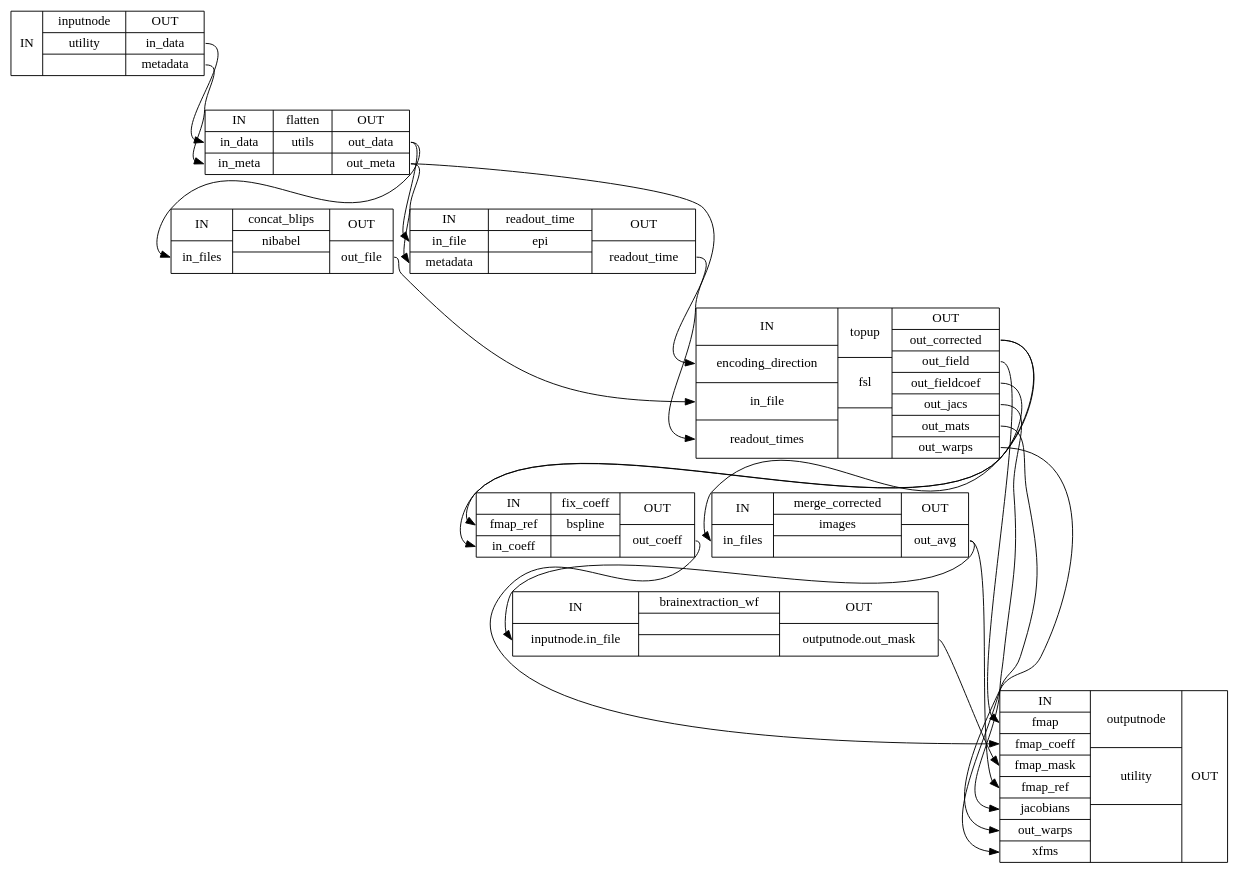
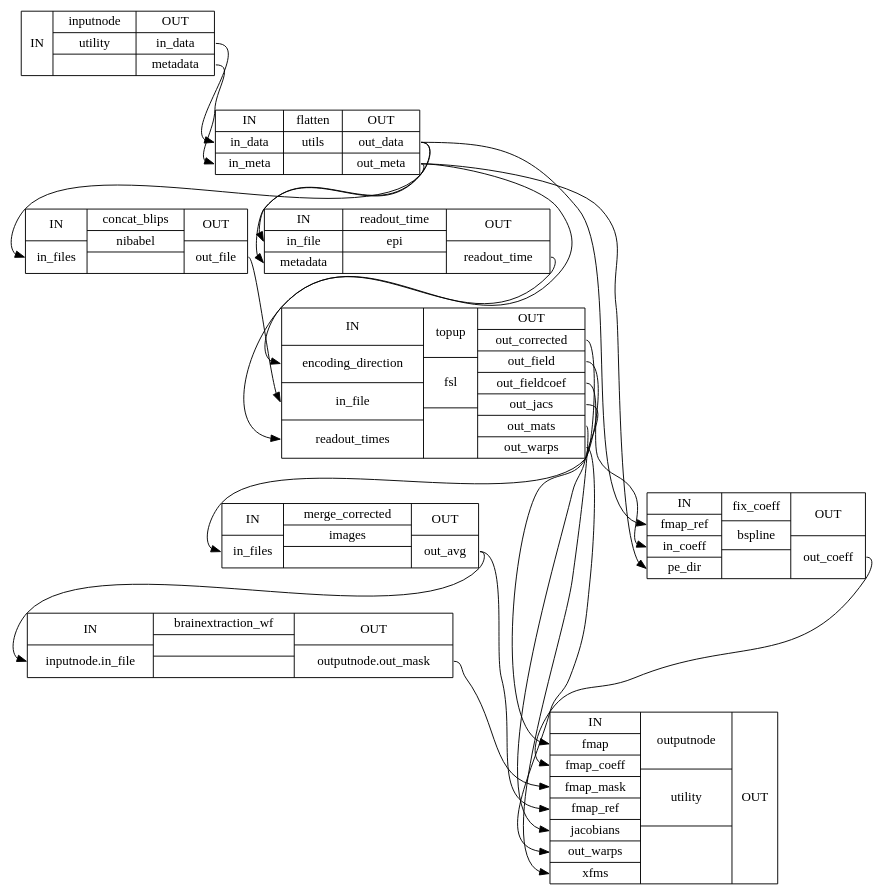
Before and after one commit to poldracklab/sdcflows: the diagram in enh_outputnode-method/wf_directive/api/pepolar_estimate_wf/sdcflows-workflows-fit-pepolar-2_detailed.dot, drawn with Graphviz. The commit also changed 3649 other files, not shown here.

```diff
--- a/enh_outputnode-method/wf_directive/api/pepolar_estimate_wf/sdcflows-workflows-fit-pepolar-2_detailed.dot
+++ b/enh_outputnode-method/wf_directive/api/pepolar_estimate_wf/sdcflows-workflows-fit-pepolar-2_detailed.dot
@@ -1,31 +1,32 @@
 digraph structs {
 node [shape=record];
 pepolar_estimate_wfinputnode [label="{IN}|{ inputnode | utility |  }|{OUT|<outindata> in_data|<outmetadata> metadata}"];
 pepolar_estimate_wfflatten [label="{IN|<inindata> in_data|<ininmeta> in_meta}|{ flatten | utils |  }|{OUT|<outoutdata> out_data|<outoutmeta> out_meta}"];
 pepolar_estimate_wfconcat_blips [label="{IN|<ininfiles> in_files}|{ concat_blips | nibabel |  }|{OUT|<outoutfile> out_file}"];
 pepolar_estimate_wfreadout_time [label="{IN|<ininfile> in_file|<inmetadata> metadata}|{ readout_time | epi |  }|{OUT|<outreadouttime> readout_time}"];
 pepolar_estimate_wftopup [label="{IN|<inencodingdirection> encoding_direction|<ininfile> in_file|<inreadouttimes> readout_times}|{ topup | fsl |  }|{OUT|<outoutcorrected> out_corrected|<outoutfield> out_field|<outoutfieldcoef> out_fieldcoef|<outoutjacs> out_jacs|<outoutmats> out_mats|<outoutwarps> out_warps}"];
-pepolar_estimate_wffix_coeff [label="{IN|<infmapref> fmap_ref|<inincoeff> in_coeff}|{ fix_coeff | bspline |  }|{OUT|<outoutcoeff> out_coeff}"];
 pepolar_estimate_wfmerge_corrected [label="{IN|<ininfiles> in_files}|{ merge_corrected | images |  }|{OUT|<outoutavg> out_avg}"];
 pepolar_estimate_wfbrainextraction_wf [label="{IN|<ininputnodeinfile> inputnode.in_file}|{ brainextraction_wf |  |  }|{OUT|<outoutputnodeoutmask> outputnode.out_mask}"];
+pepolar_estimate_wffix_coeff [label="{IN|<infmapref> fmap_ref|<inincoeff> in_coeff|<inpedir> pe_dir}|{ fix_coeff | bspline |  }|{OUT|<outoutcoeff> out_coeff}"];
 pepolar_estimate_wfoutputnode [label="{IN|<infmap> fmap|<infmapcoeff> fmap_coeff|<infmapmask> fmap_mask|<infmapref> fmap_ref|<injacobians> jacobians|<inoutwarps> out_warps|<inxfms> xfms}|{ outputnode | utility |  }|{OUT}"];
 pepolar_estimate_wfbrainextraction_wf:outoutputnodeoutmask:e -> pepolar_estimate_wfoutputnode:infmapmask:w;
 pepolar_estimate_wfconcat_blips:outoutfile:e -> pepolar_estimate_wftopup:ininfile:w;
 pepolar_estimate_wffix_coeff:outoutcoeff:e -> pepolar_estimate_wfoutputnode:infmapcoeff:w;
 pepolar_estimate_wfflatten:outoutdata:e -> pepolar_estimate_wfconcat_blips:ininfiles:w;
+pepolar_estimate_wfflatten:outoutdata:e -> pepolar_estimate_wffix_coeff:infmapref:w;
 pepolar_estimate_wfflatten:outoutdata:e -> pepolar_estimate_wfreadout_time:ininfile:w;
+pepolar_estimate_wfflatten:outoutmeta:e -> pepolar_estimate_wffix_coeff:inpedir:w;
 pepolar_estimate_wfflatten:outoutmeta:e -> pepolar_estimate_wfreadout_time:inmetadata:w;
 pepolar_estimate_wfflatten:outoutmeta:e -> pepolar_estimate_wftopup:inencodingdirection:w;
 pepolar_estimate_wfinputnode:outindata:e -> pepolar_estimate_wfflatten:inindata:w;
 pepolar_estimate_wfinputnode:outmetadata:e -> pepolar_estimate_wfflatten:ininmeta:w;
 pepolar_estimate_wfmerge_corrected:outoutavg:e -> pepolar_estimate_wfbrainextraction_wf:ininputnodeinfile:w;
 pepolar_estimate_wfmerge_corrected:outoutavg:e -> pepolar_estimate_wfoutputnode:infmapref:w;
 pepolar_estimate_wfreadout_time:outreadouttime:e -> pepolar_estimate_wftopup:inreadouttimes:w;
-pepolar_estimate_wftopup:outoutcorrected:e -> pepolar_estimate_wffix_coeff:infmapref:w;
 pepolar_estimate_wftopup:outoutcorrected:e -> pepolar_estimate_wfmerge_corrected:ininfiles:w;
 pepolar_estimate_wftopup:outoutfield:e -> pepolar_estimate_wfoutputnode:infmap:w;
 pepolar_estimate_wftopup:outoutfieldcoef:e -> pepolar_estimate_wffix_coeff:inincoeff:w;
 pepolar_estimate_wftopup:outoutjacs:e -> pepolar_estimate_wfoutputnode:injacobians:w;
 pepolar_estimate_wftopup:outoutmats:e -> pepolar_estimate_wfoutputnode:inxfms:w;
 pepolar_estimate_wftopup:outoutwarps:e -> pepolar_estimate_wfoutputnode:inoutwarps:w;
 }
```
